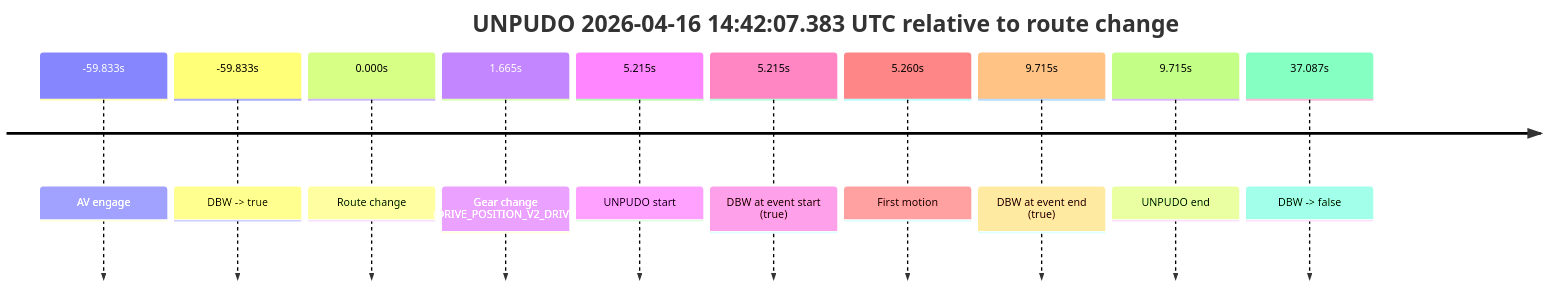
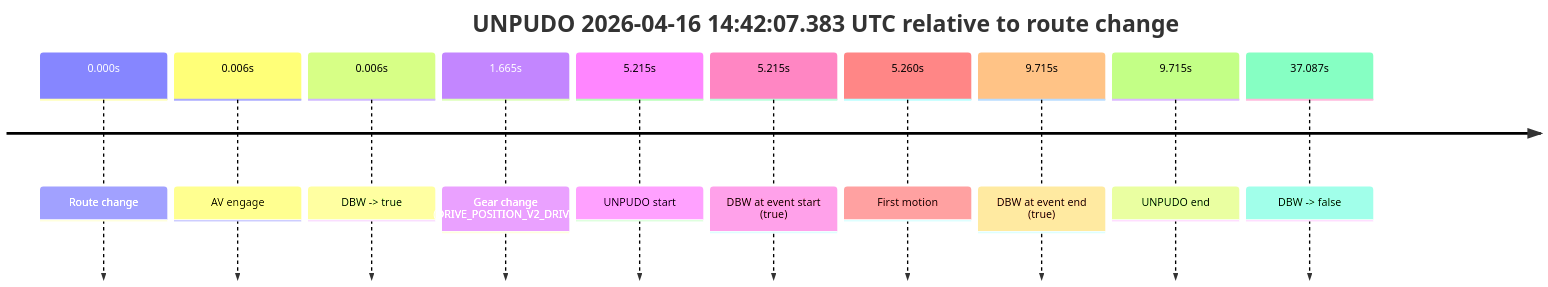
One commit to yoelshapiro/vault changed the seventh of 7 diagrams in model_analysis/report_cards/2026/04/Week-3/fme10003--2026-04-16--13-36-03--gen2-av-2f9a996c-038c-44b8-b604-a44d2703c25b.md. Above: the diagram before and after it, drawn with Mermaid. The commit also changed other lines of this file and 41 other files, not shown here.

````diff
--- a/model_analysis/report_cards/2026/04/Week-3/fme10003--2026-04-16--13-36-03--gen2-av-2f9a996c-038c-44b8-b604-a44d2703c25b.md
+++ b/model_analysis/report_cards/2026/04/Week-3/fme10003--2026-04-16--13-36-03--gen2-av-2f9a996c-038c-44b8-b604-a44d2703c25b.md
@@ -310,14 +571,14 @@
 ```mermaid
 timeline
     title UNPUDO 2026-04-16 14:42:07.383 UTC relative to route change
-    -59.833s : AV engage
-    -59.833s : DBW -> true
     0.000s : Route change
+    0.006s : AV engage
+    0.006s : DBW -> true
     1.665s : Gear change (DRIVE_POSITION_V2_DRIVE)
     5.215s : UNPUDO start
     5.215s : DBW at event start (true)
     5.260s : First motion
     9.715s : DBW at event end (true)
     9.715s : UNPUDO end
     37.087s : DBW -> false
 ```
````
